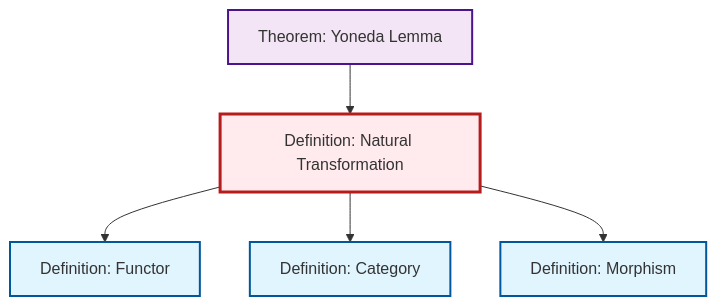
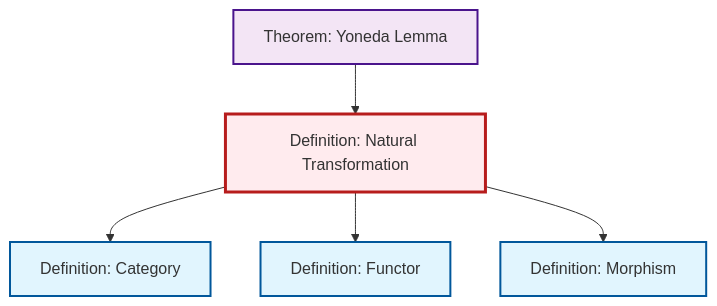
The diagram in content/en/category-theory/def-natural-transformation.qmd (RK0429/ModernMath), drawn with Mermaid before and after one commit. The commit also changed other lines of this file and 417 other files, not shown here.

````diff
--- a/content/en/category-theory/def-natural-transformation.qmd
+++ b/content/en/category-theory/def-natural-transformation.qmd
@@ -59,23 +59,23 @@
 ```{mermaid}
 %%| fig-cap: "Local dependency graph"
 graph TD
     classDef definition fill:#e1f5fe,stroke:#01579b,stroke-width:2px
     classDef theorem fill:#f3e5f5,stroke:#4a148c,stroke-width:2px
     classDef axiom fill:#fff3e0,stroke:#e65100,stroke-width:2px
     classDef example fill:#e8f5e9,stroke:#1b5e20,stroke-width:2px
     classDef current fill:#ffebee,stroke:#b71c1c,stroke-width:3px
+    def-natural-transformation["Definition: Natural Transformation"]:::definition
+    def-functor["Definition: Functor"]:::definition
+    def-category["Definition: Category"]:::definition
+    def-morphism["Definition: Morphism"]:::definition
     thm-yoneda["Theorem: Yoneda Lemma"]:::theorem
-    def-category["Definition: Category"]:::definition
-    def-functor["Definition: Functor"]:::definition
-    def-morphism["Definition: Morphism"]:::definition
-    def-natural-transformation["Definition: Natural Transformation"]:::definition
+    thm-yoneda --> def-natural-transformation
+    def-natural-transformation --> def-category
     def-natural-transformation --> def-functor
-    def-natural-transformation --> def-category
-    thm-yoneda --> def-natural-transformation
     def-natural-transformation --> def-morphism
     class def-natural-transformation current
+    click def-functor "def-functor.html" "Go to Functor definition"
+    click def-category "def-category.html" "Go to Category definition"
+    click def-morphism "def-morphism.html" "Go to Morphism definition"
     click thm-yoneda "thm-yoneda.html" "Go to Yoneda Lemma theorem"
-    click def-category "def-category.html" "Go to Category definition"
-    click def-functor "def-functor.html" "Go to Functor definition"
-    click def-morphism "def-morphism.html" "Go to Morphism definition"
 ```
````
